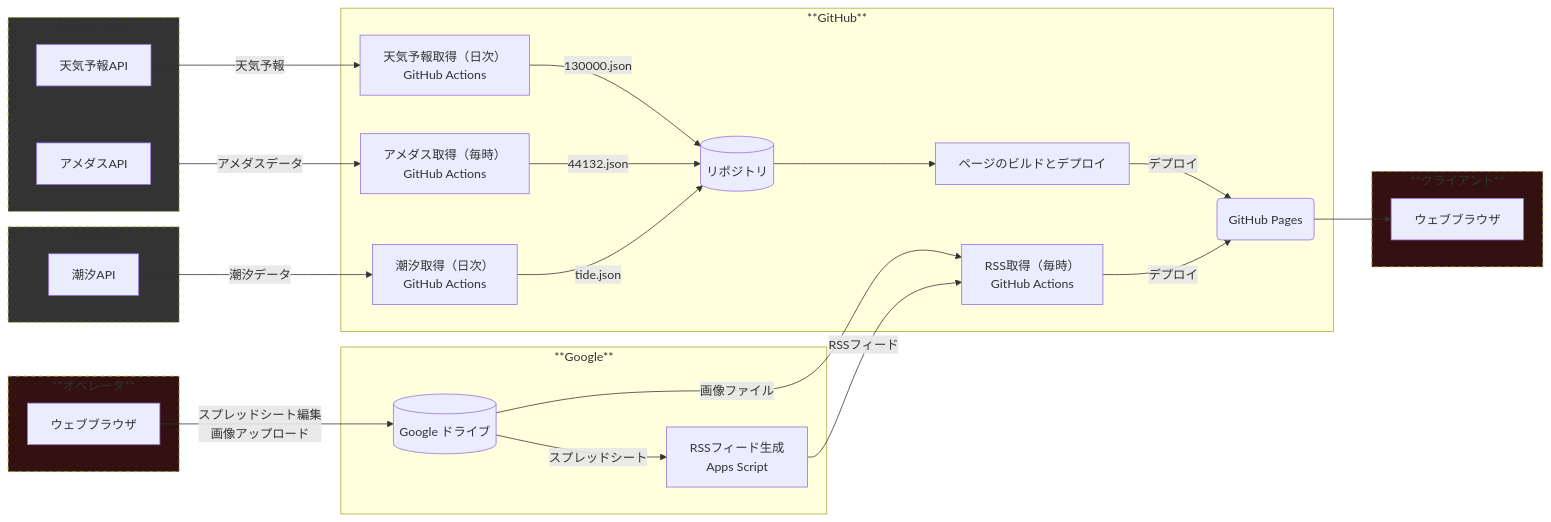
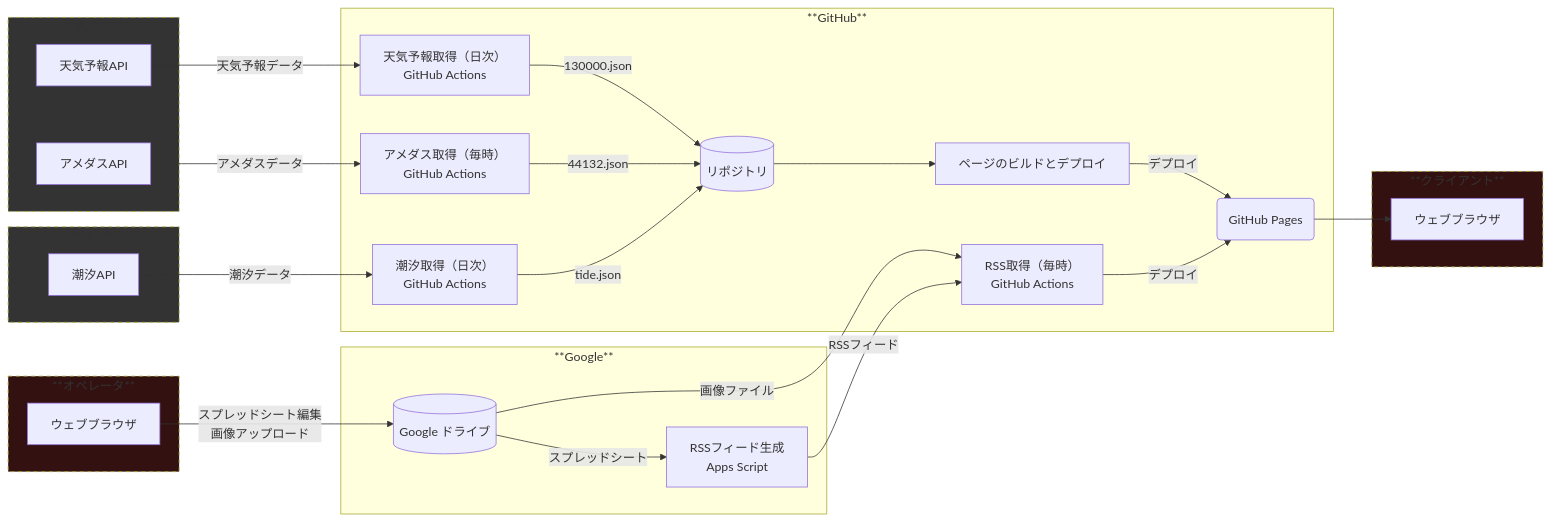
Before and after one commit to c1t0d0s0/phs: the diagram in architecture.ja.md, drawn with Mermaid. The commit also changed 1 other file, not shown here.

Commit message:
changed architecture markdown files

````diff
--- a/architecture.ja.md
+++ b/architecture.ja.md
@@ -1,59 +1,59 @@
 ```mermaid
 flowchart LR
   subgraph GitHub[**GitHub**]
     repository[(リポジトリ)]
     actions_deploy[ページのビルドとデプロイ]
     actions_forecast[天気予報取得（日次）<br>GitHub Actions]
     actions_amedas[アメダス取得（毎時）<br>GitHub Actions]
     actions_rss[RSS取得（毎時）<br>GitHub Actions]
     actions_tide[潮汐取得（日次）<br>GitHub Actions]
     pages(GitHub Pages)
   end
 
   subgraph Google[**Google**]
     drive[(Google ドライブ)]
     apps[RSSフィード生成<br>Apps Script]
   end
 
-  subgraph JMA[**気象庁 JMA**]
+  subgraph JMA[**気象庁**]
     forecast_api[天気予報API]
     amedas_api[アメダスAPI]
   end
   style JMA fill:#333333, stroke-dasharray: 5 5
 
   subgraph Tide[**潮汐**]
     tide_api[潮汐API]
   end
   style Tide fill:#333333, stroke-dasharray: 5 5
 
   subgraph Client[**クライアント**]
     web_browser[ウェブブラウザ]
   end
   style Client fill:#331111, stroke-dasharray: 5 5
 
   subgraph Operator[**オペレータ**]
     web_browser2[ウェブブラウザ]
   end
   style Operator fill:#331111, stroke-dasharray: 5 5
 
   repository --> actions_deploy
   actions_deploy -->|デプロイ| pages
 
   drive -->|スプレッドシート| apps
   drive -->|画像ファイル| actions_rss
   apps -->|RSSフィード| actions_rss
   actions_rss -->|デプロイ| pages
 
-  forecast_api -->|天気予報| actions_forecast
+  forecast_api -->|天気予報データ| actions_forecast
   actions_forecast -->|130000.json| repository
 
   amedas_api -->|アメダスデータ| actions_amedas
   actions_amedas -->|44132.json| repository
 
   tide_api -->|潮汐データ| actions_tide
   actions_tide -->|tide.json| repository
 
   pages --> web_browser
 
   web_browser2 -->|スプレッドシート編集<br>画像アップロード| drive
 ```
````
